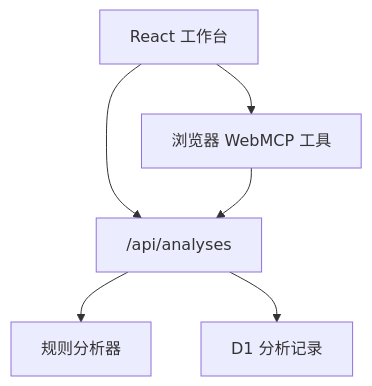
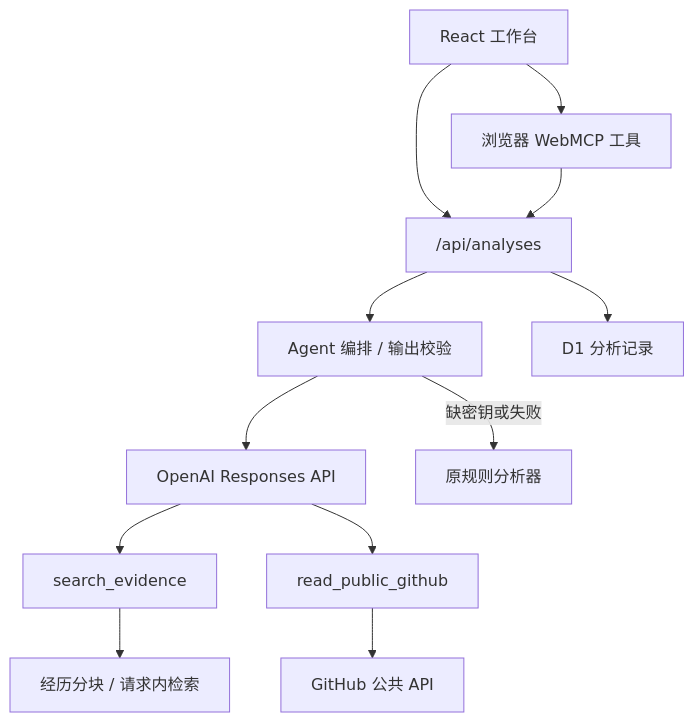
One commit to wuchan1870422-byte/jobhunter-agent changed the diagram in README.md. Above: the diagram before and after it, drawn with Mermaid. The commit also changed other lines of this file and 7 other files, not shown here.

Commit message:
Add AI agent analysis with RAG and GitHub tools

````diff
--- a/README.md
+++ b/README.md
@@ -34,8 +37,14 @@
 ```mermaid
 flowchart TD
   UI["React 工作台"] --> API["/api/analyses"]
-  API --> Rules["规则分析器"]
+  API --> Agent["Agent 编排 / 输出校验"]
+  Agent --> LLM["OpenAI Responses API"]
+  LLM --> Search["search_evidence"]
+  LLM --> GitHub["read_public_github"]
+  Search --> Chunks["经历分块 / 请求内检索"]
+  GitHub --> GHAPI["GitHub 公共 API"]
+  Agent -->|缺密钥或失败| Rules["原规则分析器"]
   API --> DB["D1 分析记录"]
   UI --> MCP["浏览器 WebMCP 工具"]
   MCP --> API
 ```
````
